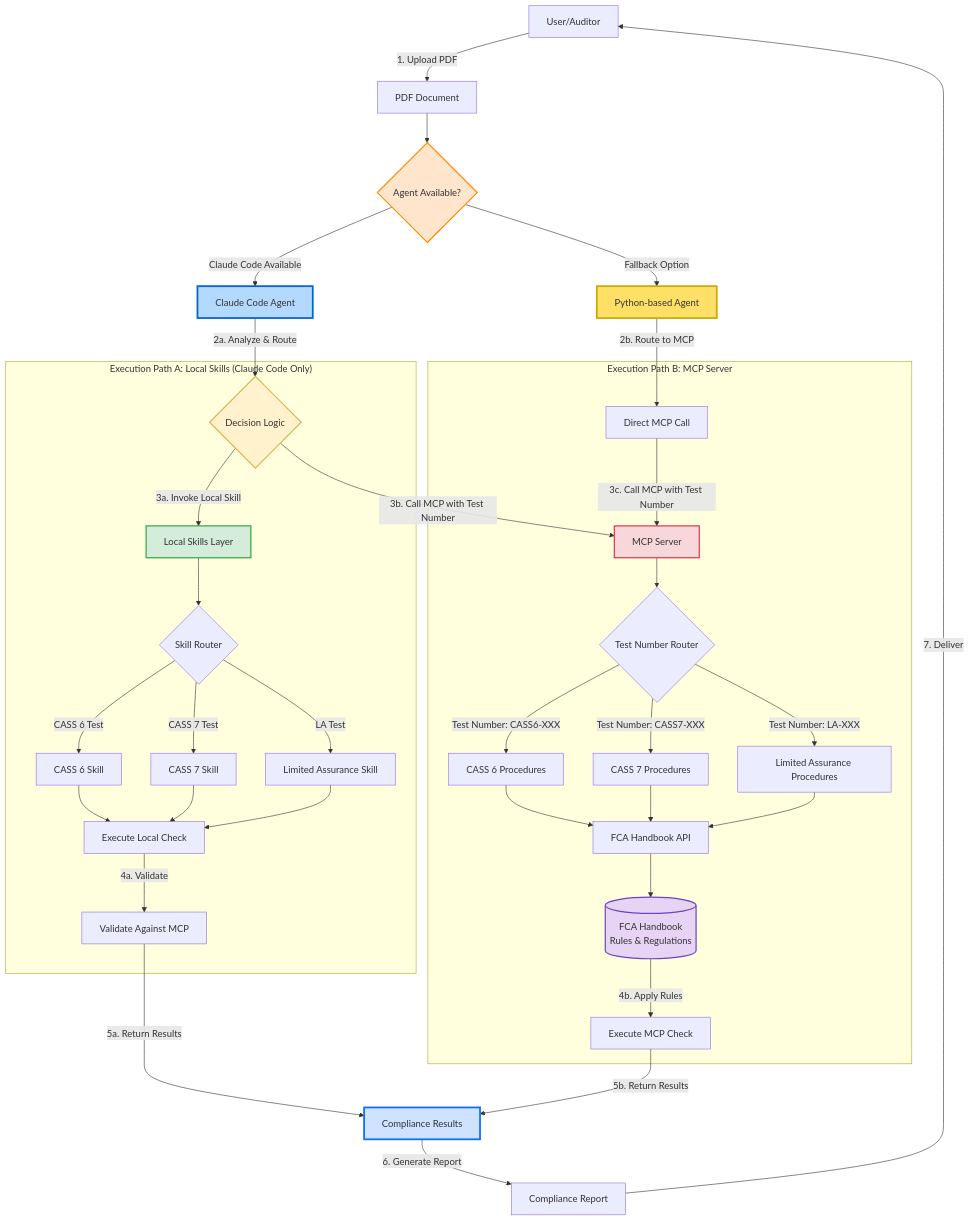
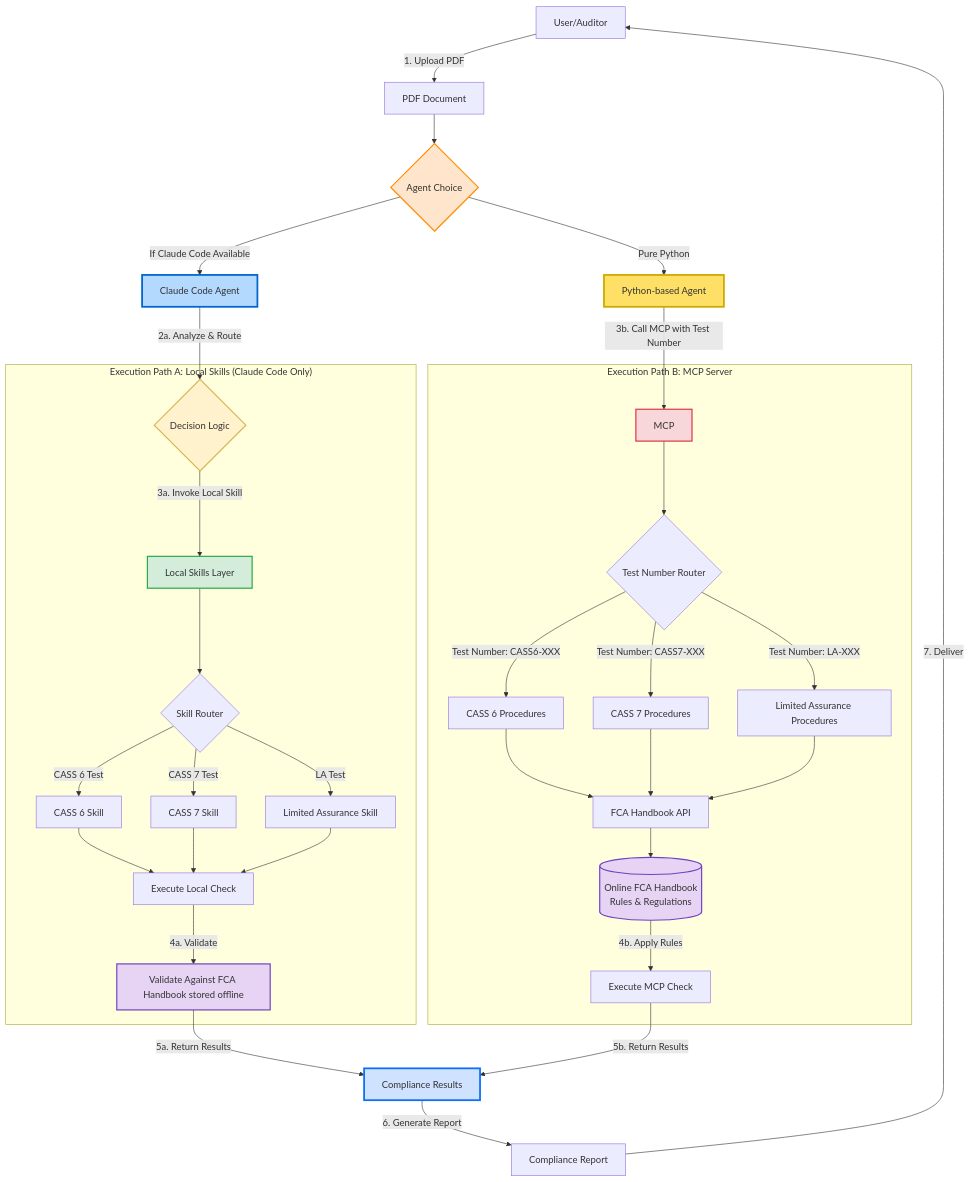
Before and after one commit to huong-vu-dbx/example-agent: the diagram in architecture.mermaid, drawn with Mermaid.

```diff
--- a/architecture.mermaid
+++ b/architecture.mermaid
@@ -1,58 +1,60 @@
 graph TB
     User[User/Auditor] -->|1. Upload PDF| Upload[PDF Document]
-    Upload --> AgentChoice{Agent Available?}
+    Upload --> AgentChoice{Agent Choice}
 
-    AgentChoice -->|Claude Code Available| ClaudeAgent[Claude Code Agent]
-    AgentChoice -->|Fallback Option| PythonAgent[Python-based Agent]
+    AgentChoice -->|If Claude Code Available| ClaudeAgent[Claude Code Agent]
+    AgentChoice -->|Pure Python| PythonAgent[Python-based Agent]
 
     ClaudeAgent -->|2a. Analyze & Route| ClaudeDecision{Decision Logic}
-    PythonAgent -->|2b. Route to MCP| PythonRoute[Direct MCP Call]
+    PythonAgent -->|3b. Call MCP with Test Number| MCP 
+    %%-->|2b. Route to MCP| PythonRoute[Direct MCP Call]
 
     subgraph "Execution Path A: Local Skills (Claude Code Only)"
         ClaudeDecision -->|3a. Invoke Local Skill| LocalSkills[Local Skills Layer]
 
         LocalSkills --> SkillRouter{Skill Router}
         SkillRouter -->|CASS 6 Test| CASS6_Skill[CASS 6 Skill]
         SkillRouter -->|CASS 7 Test| CASS7_Skill[CASS 7 Skill]
         SkillRouter -->|LA Test| LA_Skill[Limited Assurance Skill]
 
         CASS6_Skill --> LocalExec[Execute Local Check]
         CASS7_Skill --> LocalExec
         LA_Skill --> LocalExec
 
-        LocalExec -->|4a. Validate| MCPValidate[Validate Against MCP]
+        LocalExec -->|4a. Validate| MCPValidate[Validate Against FCA Handbook stored offline]
     end
 
     subgraph "Execution Path B: MCP Server"
-        ClaudeDecision -->|3b. Call MCP with Test Number| MCP[MCP Server]
-        PythonRoute -->|3c. Call MCP with Test Number| MCP
+        %% ClaudeDecision -->|3b. Call MCP with Test Number| MCP[MCP Server]
+        %%PythonRoute -->|3b. Call MCP with Test Number| MCP
 
         MCP --> TestRouter{Test Number Router}
 
         TestRouter -->|Test Number: CASS6-XXX| CASS6_Proc[CASS 6 Procedures]
         TestRouter -->|Test Number: CASS7-XXX| CASS7_Proc[CASS 7 Procedures]
         TestRouter -->|Test Number: LA-XXX| LA_Proc[Limited Assurance Procedures]
 
         CASS6_Proc --> FCA_Connection[FCA Handbook API]
         CASS7_Proc --> FCA_Connection
         LA_Proc --> FCA_Connection
 
-        FCA_Connection --> FCA_Rules[(FCA Handbook<br/>Rules & Regulations)]
+        FCA_Connection --> FCA_Rules[(Online FCA Handbook<br/>Rules & Regulations)]
 
         FCA_Rules -->|4b. Apply Rules| MCPExec[Execute MCP Check]
     end
 
     MCPValidate -->|5a. Return Results| Results[Compliance Results]
     MCPExec -->|5b. Return Results| Results
 
     Results -->|6. Generate Report| Report[Compliance Report]
     Report -->|7. Deliver| User
 
     style AgentChoice fill:#ffe5cc,stroke:#ff8c00,stroke-width:2px
     style ClaudeAgent fill:#b3d9ff,stroke:#0066cc,stroke-width:3px
     style PythonAgent fill:#ffe066,stroke:#ccaa00,stroke-width:3px
     style ClaudeDecision fill:#fff2cc,stroke:#d6b656,stroke-width:2px
     style LocalSkills fill:#d4edda,stroke:#28a745,stroke-width:2px
     style MCP fill:#f8d7da,stroke:#dc3545,stroke-width:2px
     style FCA_Rules fill:#e7d4f5,stroke:#6f42c1,stroke-width:2px
+    style MCPValidate fill:#e7d4f5,stroke:#6f42c1,stroke-width:2px
     style Results fill:#cfe2ff,stroke:#0d6efd,stroke-width:3px
```
